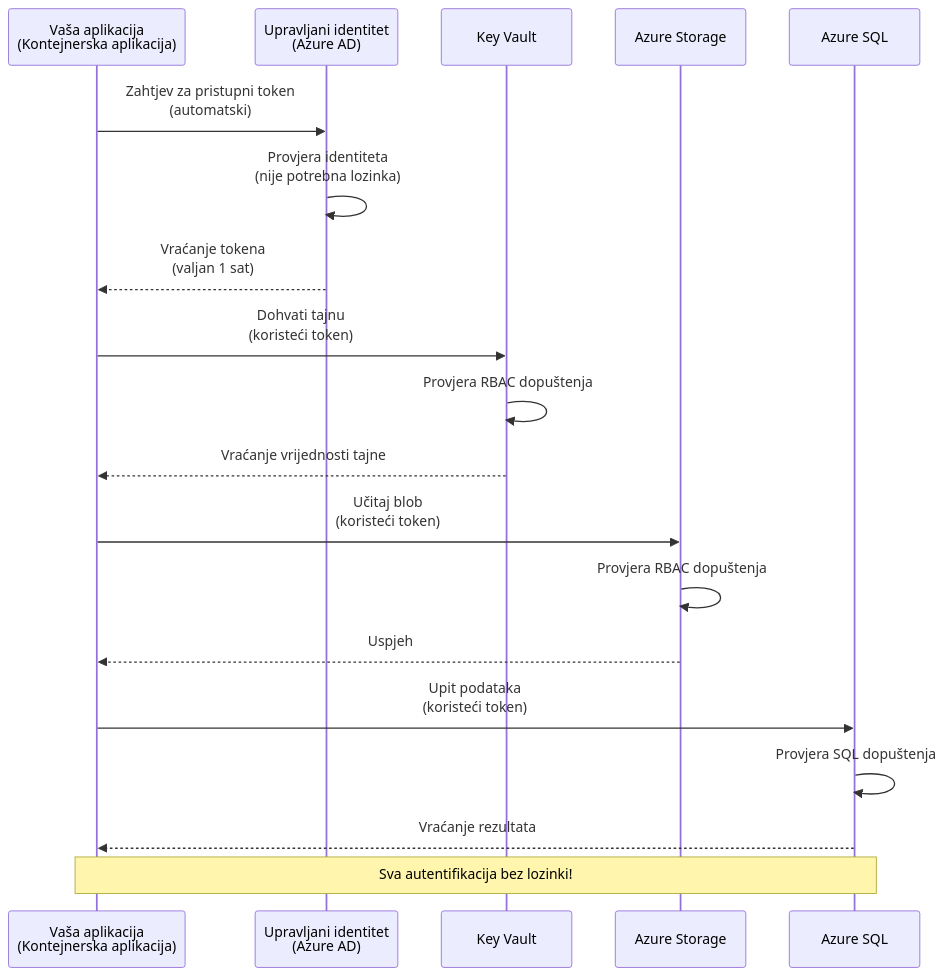
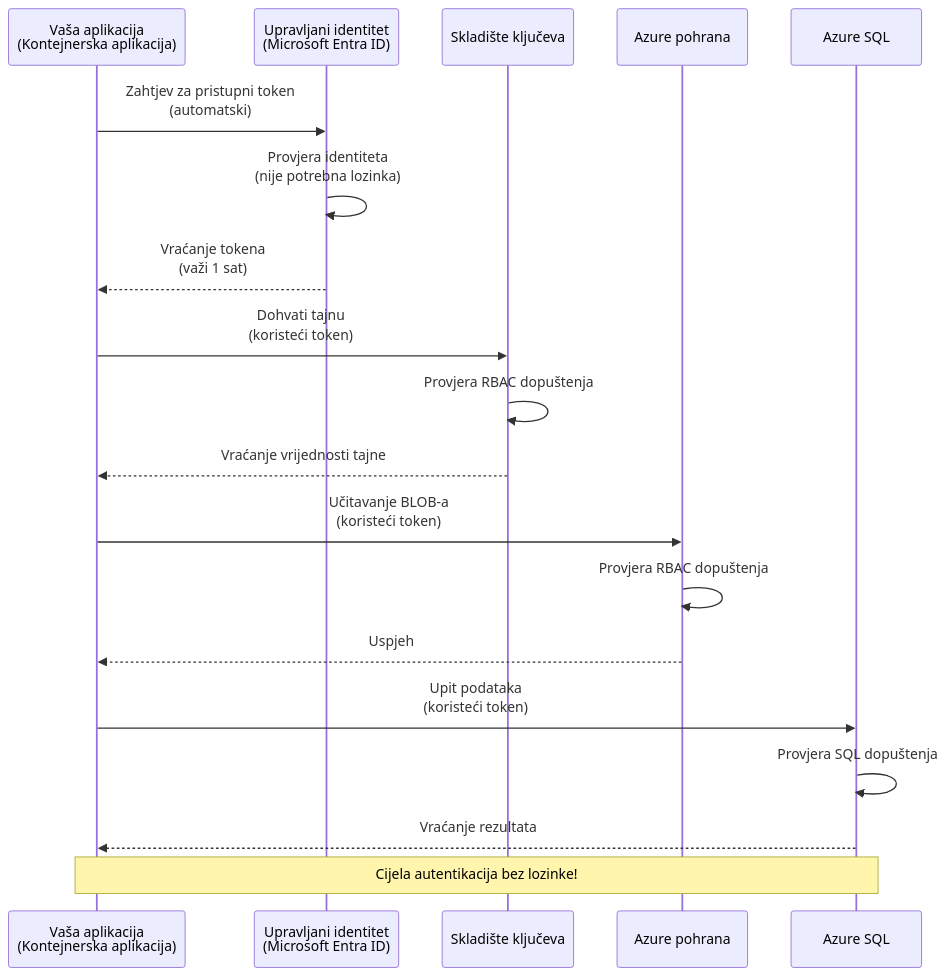
Before and after one commit to microsoft/AZD-for-beginners: the first of 2 diagrams in translations/hr/docs/chapter-03-configuration/authsecurity.md, drawn with Mermaid. The commit also changed other lines of this file and 104 other files, not shown here.

````diff
--- a/translations/hr/docs/chapter-03-configuration/authsecurity.md
+++ b/translations/hr/docs/chapter-03-configuration/authsecurity.md
@@ -69,26 +69,26 @@
 ```mermaid
 sequenceDiagram
     participant App as Vaša aplikacija<br/>(Kontejnerska aplikacija)
-    participant MI as Upravljani identitet<br/>(Azure AD)
-    participant KV as Key Vault
-    participant Storage as Azure Storage
+    participant MI as Upravljani identitet<br/>(Microsoft Entra ID)
+    participant KV as Skladište ključeva
+    participant Storage as Azure pohrana
     participant DB as Azure SQL
     
     App->>MI: Zahtjev za pristupni token<br/>(automatski)
     MI->>MI: Provjera identiteta<br/>(nije potrebna lozinka)
-    MI-->>App: Vraćanje tokena<br/>(valjan 1 sat)
+    MI-->>App: Vraćanje tokena<br/>(važi 1 sat)
     
     App->>KV: Dohvati tajnu<br/>(koristeći token)
     KV->>KV: Provjera RBAC dopuštenja
     KV-->>App: Vraćanje vrijednosti tajne
     
-    App->>Storage: Učitaj blob<br/>(koristeći token)
+    App->>Storage: Učitavanje BLOB-a<br/>(koristeći token)
     Storage->>Storage: Provjera RBAC dopuštenja
     Storage-->>App: Uspjeh
     
     App->>DB: Upit podataka<br/>(koristeći token)
     DB->>DB: Provjera SQL dopuštenja
     DB-->>App: Vraćanje rezultata
     
-    Note over App,DB: Sva autentifikacija bez lozinki!
+    Note over App,DB: Cijela autentikacija bez lozinke!
 ```
````
